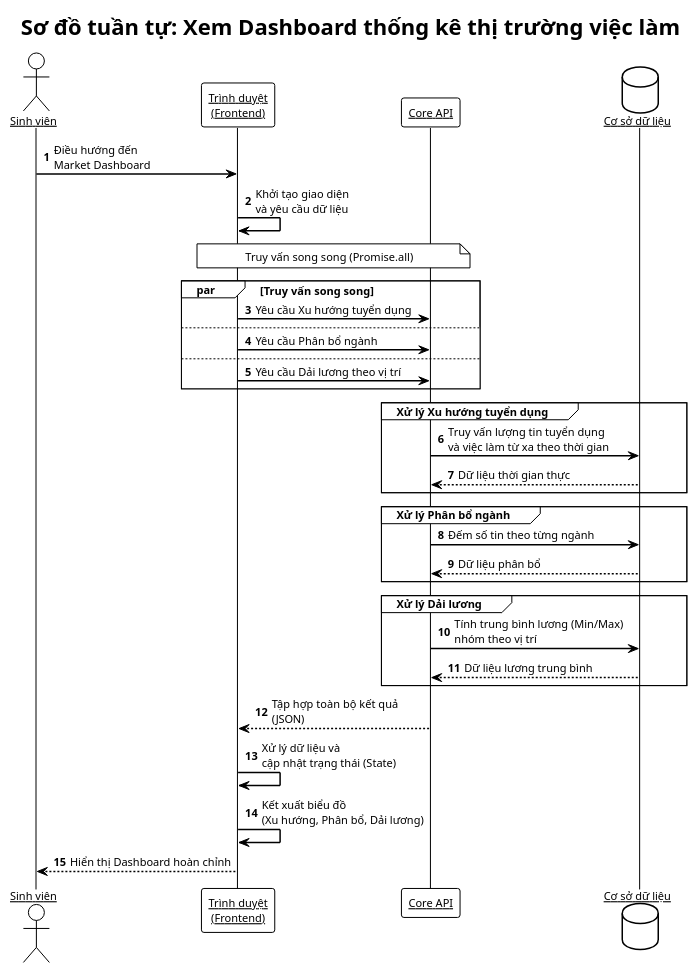
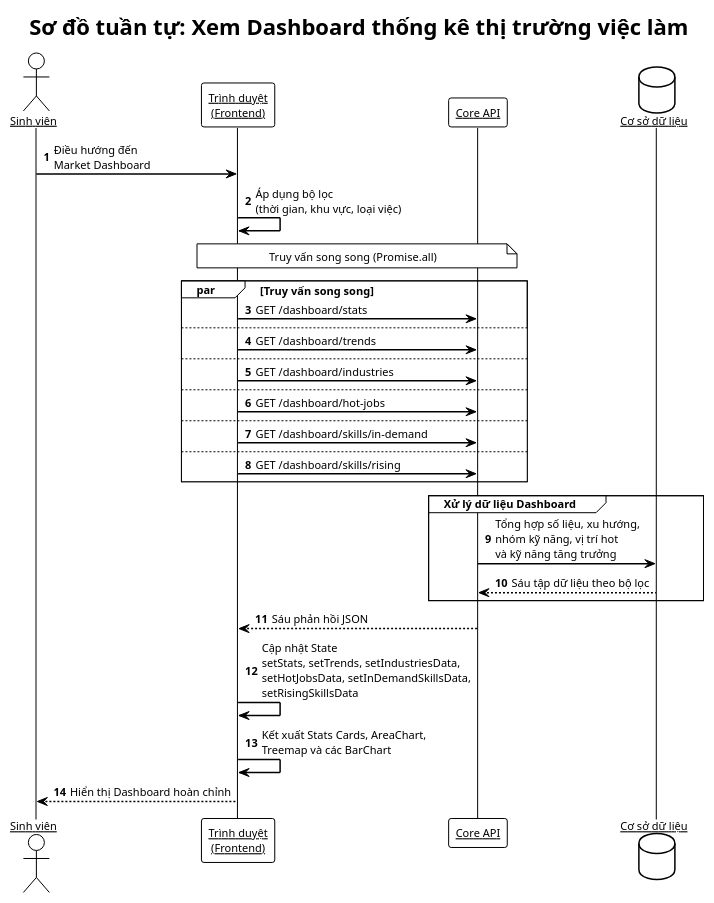
Before and after one commit to Myy1112/082026: the diagram in SourceCode/diagrams/dashboard_sequence.puml, drawn with PlantUML. The commit also changed 13 other files, not shown here.

Commit message:
feat: update dashboard sequence and UI flow diagrams with supporting assets and documentation

```diff
--- a/SourceCode/diagrams/dashboard_sequence.puml
+++ b/SourceCode/diagrams/dashboard_sequence.puml
@@ -1,54 +1,50 @@
 @startuml dashboard_sequence
 !theme plain
 skinparam defaultFontSize 11
 skinparam defaultFontName Arial
 skinparam backgroundColor #FFFFFF
 skinparam sequenceArrowThickness 1.5
 skinparam sequenceParticipant underline
 skinparam sequenceBoxBackgroundColor #F5F5F5
 
 title Sơ đồ tuần tự: Xem Dashboard thống kê thị trường việc làm
 
 actor       "Sinh viên"              as User
 participant "Trình duyệt\n(Frontend)"       as FE
 participant "Core API"               as API
 database    "Cơ sở dữ liệu"          as DB
 
 autonumber
 
 User -> FE : Điều hướng đến\nMarket Dashboard
-FE   -> FE : Khởi tạo giao diện\nvà yêu cầu dữ liệu
+FE   -> FE : Áp dụng bộ lọc\n(thời gian, khu vực, loại việc)
 
 note over FE, API : Truy vấn song song (Promise.all)
 
 par Truy vấn song song
-    FE -> API : Yêu cầu Xu hướng tuyển dụng
+    FE -> API : GET /dashboard/stats
 else
-    FE -> API : Yêu cầu Phân bổ ngành
+    FE -> API : GET /dashboard/trends
 else
-    FE -> API : Yêu cầu Dải lương theo vị trí
+    FE -> API : GET /dashboard/industries
+else
+    FE -> API : GET /dashboard/hot-jobs
+else
+    FE -> API : GET /dashboard/skills/in-demand
+else
+    FE -> API : GET /dashboard/skills/rising
 end
 
-group Xử lý Xu hướng tuyển dụng
-    API -> DB   : Truy vấn lượng tin tuyển dụng\nvà việc làm từ xa theo thời gian
-    DB --> API  : Dữ liệu thời gian thực
+group Xử lý dữ liệu Dashboard
+    API -> DB   : Tổng hợp số liệu, xu hướng,\nnhóm kỹ năng, vị trí hot\nvà kỹ năng tăng trưởng
+    DB --> API  : Sáu tập dữ liệu theo bộ lọc
 end
 
-group Xử lý Phân bổ ngành
-    API -> DB   : Đếm số tin theo từng ngành
-    DB --> API  : Dữ liệu phân bổ
-end
+API --> FE : Sáu phản hồi JSON
 
-group Xử lý Dải lương
-    API -> DB   : Tính trung bình lương (Min/Max)\nnhóm theo vị trí
-    DB --> API  : Dữ liệu lương trung bình
-end
+FE -> FE : Cập nhật State\nsetStats, setTrends, setIndustriesData,\nsetHotJobsData, setInDemandSkillsData,\nsetRisingSkillsData
 
-API --> FE : Tập hợp toàn bộ kết quả\n(JSON)
-
-FE -> FE : Xử lý dữ liệu và\ncập nhật trạng thái (State)
-
-FE -> FE : Kết xuất biểu đồ\n(Xu hướng, Phân bổ, Dải lương)
+FE -> FE : Kết xuất Stats Cards, AreaChart,\nTreemap và các BarChart
 
 FE --> User : Hiển thị Dashboard hoàn chỉnh
 @enduml
```
